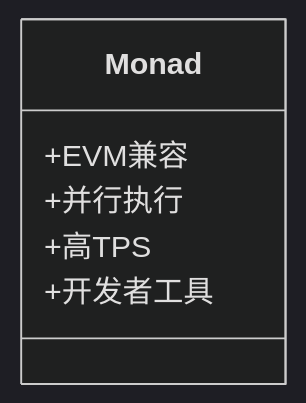
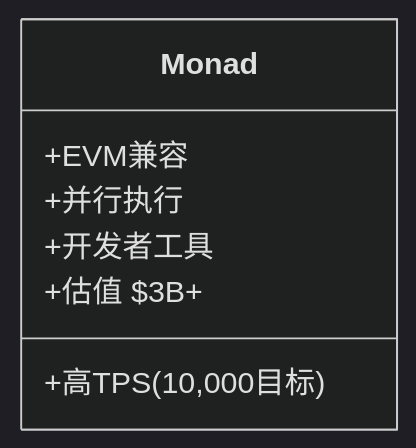
Before and after one commit to allengaller/awesome-startups: the seventh of 10 diagrams in .qoder/repowiki/zh/content/Web3 _ 加密.md, drawn with Mermaid (dark theme). The commit also changed other lines of this file and 20 other files, not shown here.

````diff
--- a/.qoder/repowiki/zh/content/Web3 _ 加密.md
+++ b/.qoder/repowiki/zh/content/Web3 _ 加密.md
@@ -193,9 +248,10 @@
 ```mermaid
 classDiagram
 class Monad {
 +EVM兼容
 +并行执行
-+高TPS
++高TPS (10,000目标)
 +开发者工具
++估值 $3B+
 }
 ```
````
